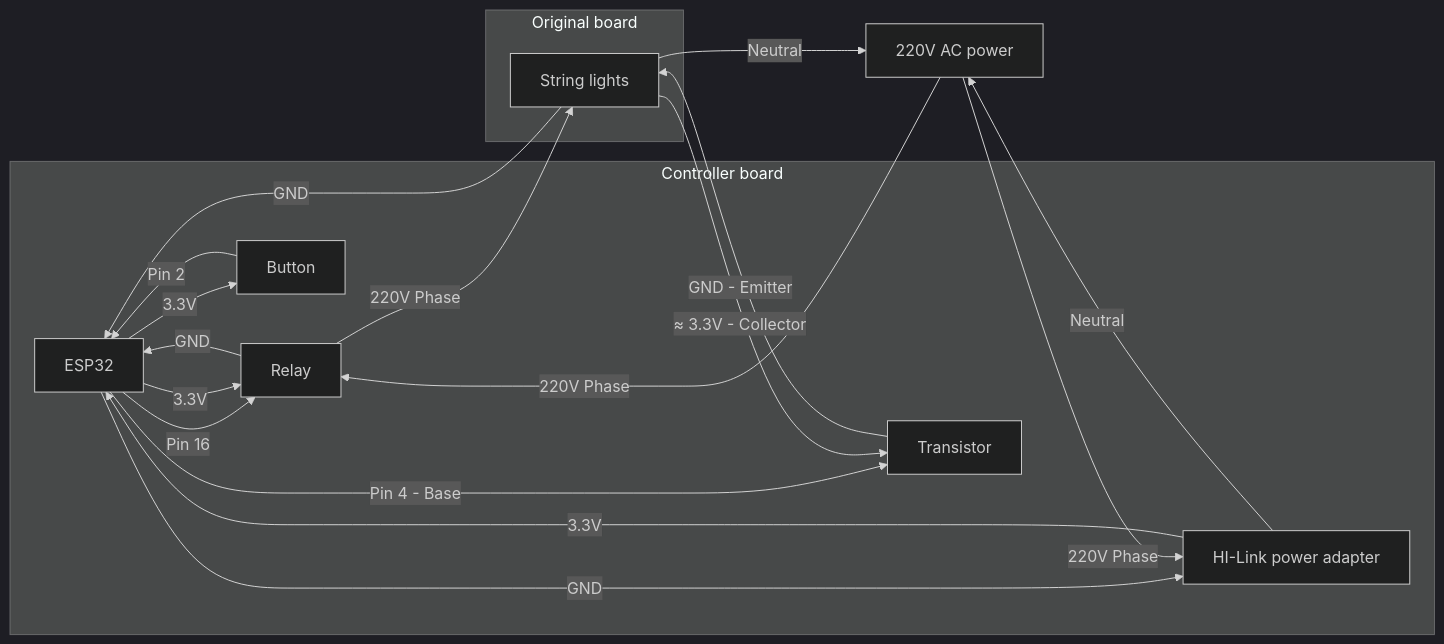
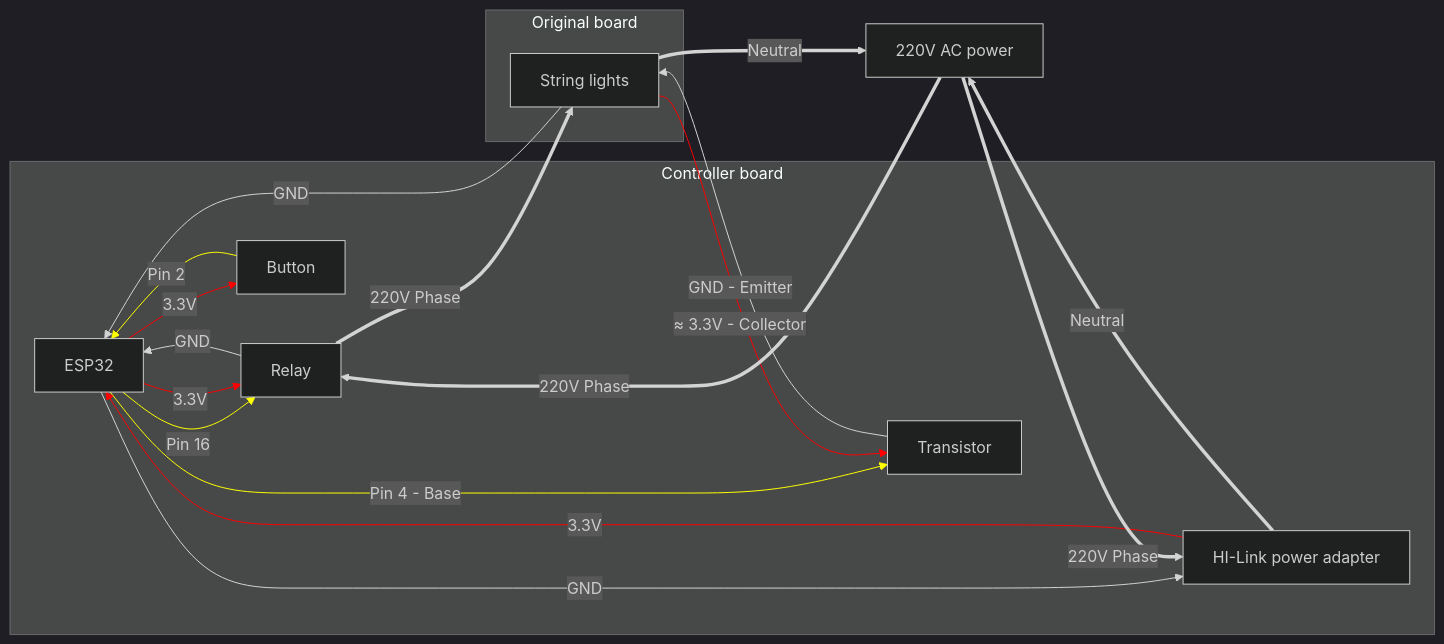
One commit to BSoDium/esp-string-lights changed the diagram in README.md. Above: the diagram before and after it, drawn with Mermaid (dark theme).

Commit message:
docs: enhance wiring diagram in README with improved link styles for clarity

````diff
--- a/README.md
+++ b/README.md
@@ -23,25 +23,33 @@
 ```mermaid
 graph LR
     subgraph Controller board
       A[ESP32] -->|Pin 16| B[Relay]
       B -->|GND| A
       A -->|3.3V| B
       C[Button] -->|Pin 2| A
       A -->|3.3V| C
       A -->|Pin 4 - Base| D[Transistor]
       G[HI-Link power adapter] -->|3.3V| A
       A -->|GND| G
     end
 
     subgraph Original board
       D -->|GND - Emitter| E[String lights]
       E -->|≈ 3.3V - Collector| D
       E -->|GND| A
     end
 
-    F[220V AC power] -->|220V Phase| B
-    B -->|220V Phase| E
-    E -->|Neutral| F
-    F -->|220V Phase| G
-    G -->|Neutral| F
+    F[220V AC power] ==>|220V Phase| B
+    B ==>|220V Phase| E
+    E ==>|Neutral| F
+    F ==>|220V Phase| G
+    G ==>|Neutral| F
+   
+    linkStyle 0 stroke: yellow
+    linkStyle 2 stroke: red
+    linkStyle 3 stroke: yellow
+    linkStyle 4 stroke: red
+    linkStyle 5 stroke: yellow
+    linkStyle 6 stroke: red
+    linkStyle 9 stroke: red
 ```
````
